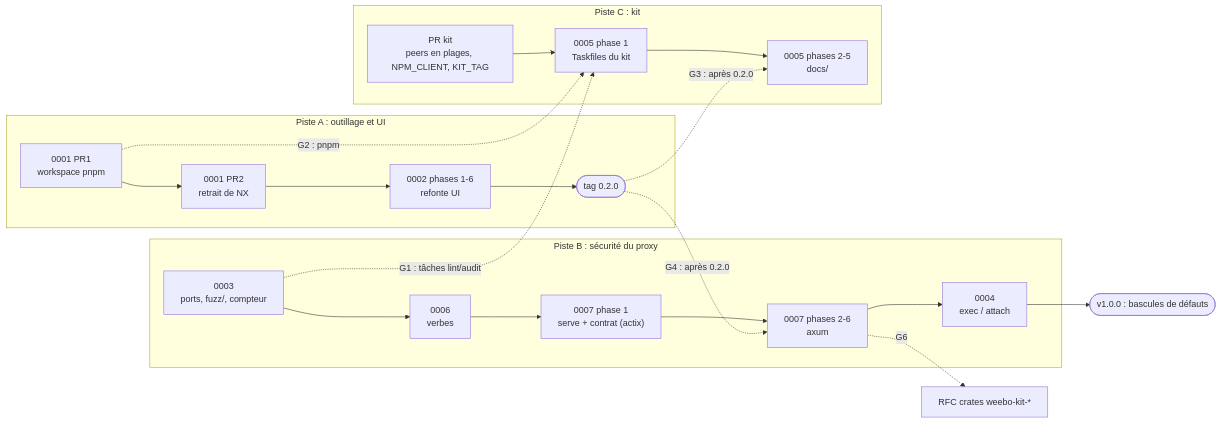
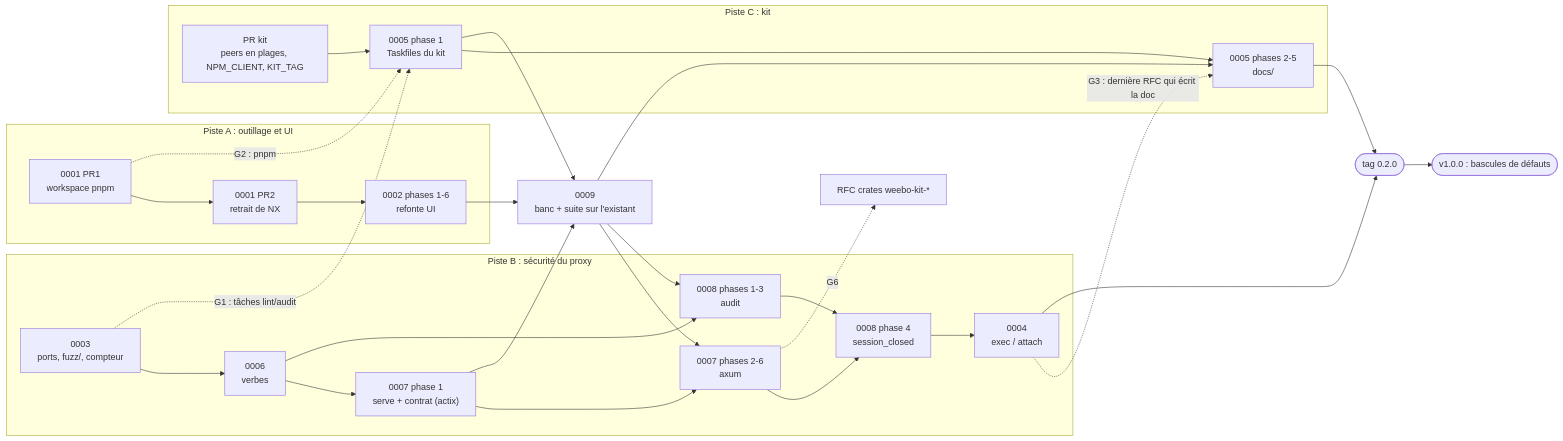
Before and after one commit to batleforc/ProxyAuthK8S: the diagram in .rfc/PLAN.md, drawn with Mermaid. The commit also changed other lines of this file and 207 other files, not shown here.

````diff
--- a/.rfc/PLAN.md
+++ b/.rfc/PLAN.md
@@ -16,24 +18,34 @@
 ```mermaid
 flowchart LR
+    S0["0009<br/>banc + suite sur l'existant"]
     subgraph A["Piste A : outillage et UI"]
         A1["0001 PR1<br/>workspace pnpm"] --> A2["0001 PR2<br/>retrait de NX"]
         A2 --> A3["0002 phases 1-6<br/>refonte UI"]
-        A3 --> R020(["tag 0.2.0"])
     end
     subgraph B["Piste B : sécurité du proxy"]
         B1["0003<br/>ports, fuzz/, compteur"] --> B2["0006<br/>verbes"]
         B2 --> B3["0007 phase 1<br/>serve + contrat (actix)"]
         B3 --> B4["0007 phases 2-6<br/>axum"]
-        B4 --> B5["0004<br/>exec / attach"]
+        B2 --> B6["0008 phases 1-3<br/>audit"]
+        B4 --> B7["0008 phase 4<br/>session_closed"]
+        B6 --> B7
+        B7 --> B5["0004<br/>exec / attach"]
     end
     subgraph C["Piste C : kit"]
         C0["PR kit<br/>peers en plages, NPM_CLIENT, KIT_TAG"] --> C1["0005 phase 1<br/>Taskfiles du kit"]
         C1 --> C2["0005 phases 2-5<br/>docs/"]
     end
+    A3 --> S0
+    B3 --> S0
+    C1 --> S0
+    S0 --> B4
+    S0 --> B6
+    S0 --> C2
     A1 -. "G2 : pnpm" .-> C1
-    R020 -. "G4 : après 0.2.0" .-> B4
-    R020 -. "G3 : après 0.2.0" .-> C2
     B1 -. "G1 : tâches lint/audit" .-> C1
+    B5 -. "G3 : dernière RFC qui écrit la doc" .-> C2
     B4 -. "G6" .-> K["RFC crates weebo-kit-*"]
-    B5 --> V1(["v1.0.0 : bascules de défauts"])
+    B5 --> R020(["tag 0.2.0"])
+    C2 --> R020
+    R020 --> V1(["v1.0.0 : bascules de défauts"])
 ```
````
